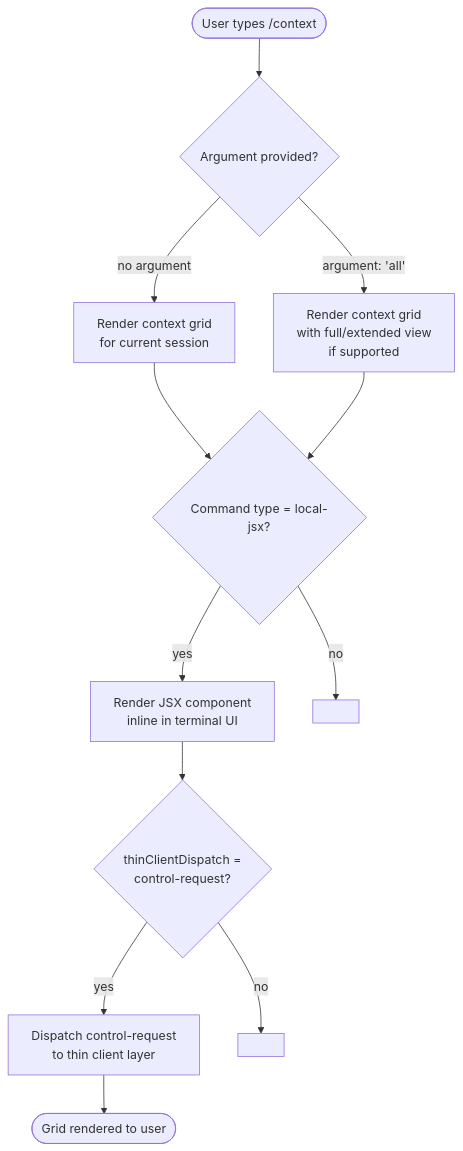
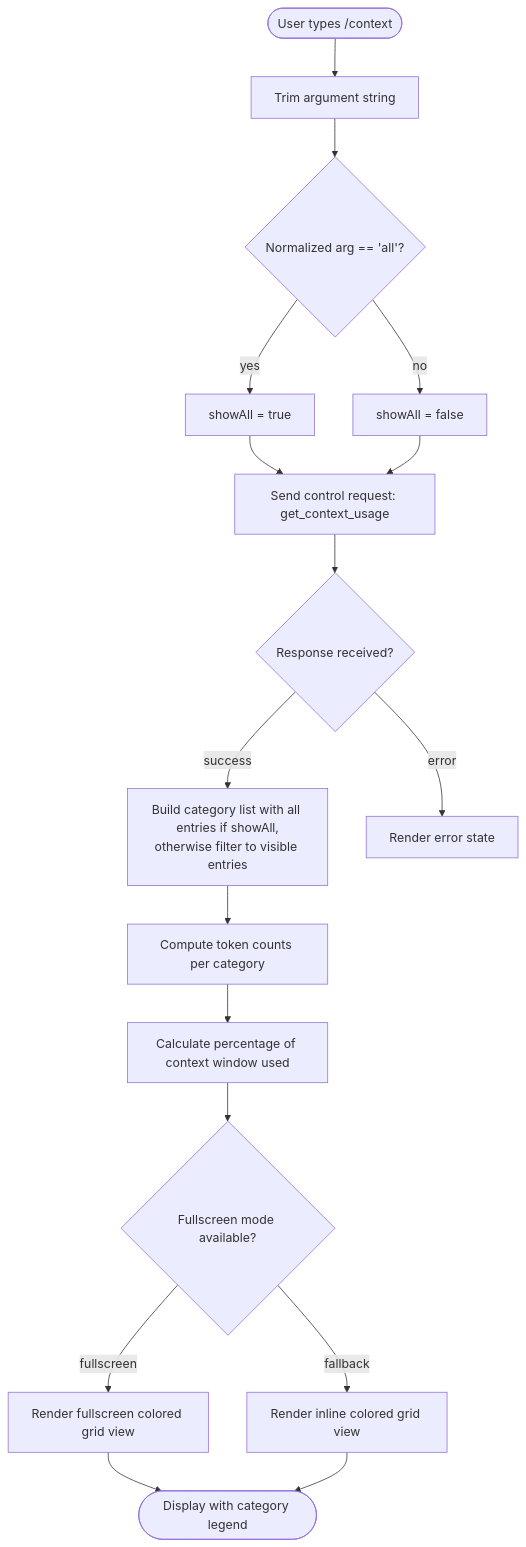
The diagram in versions/v2.1.150/context.md (MyLittleLuckyDog/cc-gnothi), drawn with Mermaid before and after one commit. The commit also changed other lines of this file and 11 other files, not shown here.

````diff
--- a/versions/v2.1.150/context.md
+++ b/versions/v2.1.150/context.md
@@ -48,14 +47,19 @@
 ```mermaid
 flowchart TD
-    A([User types /context]) --> B{Argument provided?}
-    B -- "no argument" --> C[Render context grid\nfor current session]
-    B -- "argument: 'all'" --> D[Render context grid\nwith full/extended view\nif supported]
-    C --> E{Command type = local-jsx?}
-    D --> E
-    E -- "yes" --> F[Render JSX component\ninline in terminal UI]
-    E -- "no" --> G[<!-- TODO: fallback path\nnot found in depth-2 traversal;\nneeds --depth 4 -->]
-    F --> H{thinClientDispatch =\ncontrol-request?}
-    H -- "yes" --> I[Dispatch control-request\nto thin client layer]
-    H -- "no" --> J[<!-- TODO: non-control-request\ndispatch path not found\nin depth-2 traversal;\nneeds --depth 4 -->]
-    I --> K([Grid rendered to user])
+    A([User types /context]) --> B[Trim argument string]
+    B --> C{Normalized arg == 'all'?}
+    C -- yes --> D[showAll = true]
+    C -- no --> E[showAll = false]
+    D --> F[Send control request: get_context_usage]
+    E --> F
+    F --> G{Response received?}
+    G -- success --> H[Build category list with all entries if showAll,\notherwise filter to visible entries]
+    G -- error --> I[Render error state]
+    H --> J[Compute token counts per category]
+    J --> K[Calculate percentage of context window used]
+    K --> L{Fullscreen mode available?}
+    L -- fullscreen --> M[Render fullscreen colored grid view]
+    L -- fallback --> N[Render inline colored grid view]
+    M --> O([Display with category legend])
+    N --> O
 ```
````
